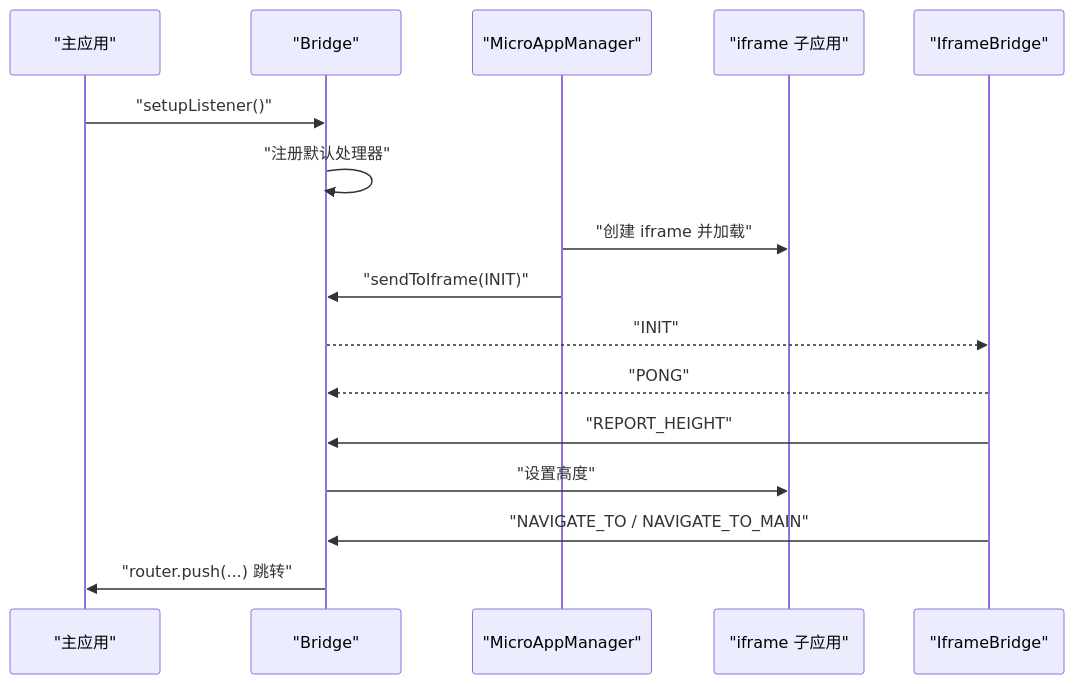
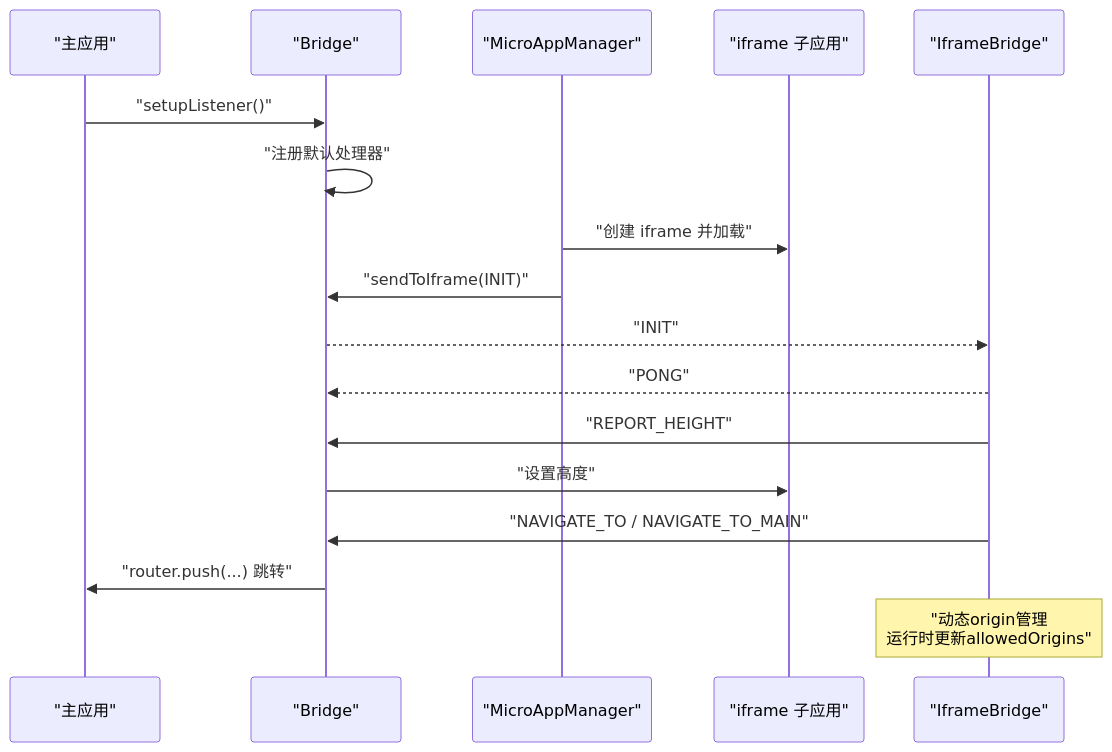
One commit to my-Sitara/artisan-base-frontend changed the second of 8 diagrams in .qoder/repowiki/zh/content/架构设计/通信架构.md. Above: the diagram before and after it, drawn with Mermaid. The commit also changed other lines of this file and 35 other files, not shown here.

````diff
--- a/.qoder/repowiki/zh/content/架构设计/通信架构.md
+++ b/.qoder/repowiki/zh/content/架构设计/通信架构.md
@@ -88,18 +99,19 @@
 ```mermaid
 sequenceDiagram
 participant Main as "主应用"
 participant Bridge as "Bridge"
 participant Manager as "MicroAppManager"
 participant Iframe as "iframe 子应用"
 participant IframeBridge as "IframeBridge"
 Main->>Bridge : "setupListener()"
 Bridge->>Bridge : "注册默认处理器"
 Manager->>Iframe : "创建 iframe 并加载"
 Manager->>Bridge : "sendToIframe(INIT)"
 Bridge-->>IframeBridge : "INIT"
 IframeBridge-->>Bridge : "PONG"
 IframeBridge->>Bridge : "REPORT_HEIGHT"
 Bridge->>Iframe : "设置高度"
 IframeBridge->>Bridge : "NAVIGATE_TO / NAVIGATE_TO_MAIN"
 Bridge->>Main : "router.push(...) 跳转"
+Note over IframeBridge : "动态origin管理<br/>运行时更新allowedOrigins"
 ```
````
